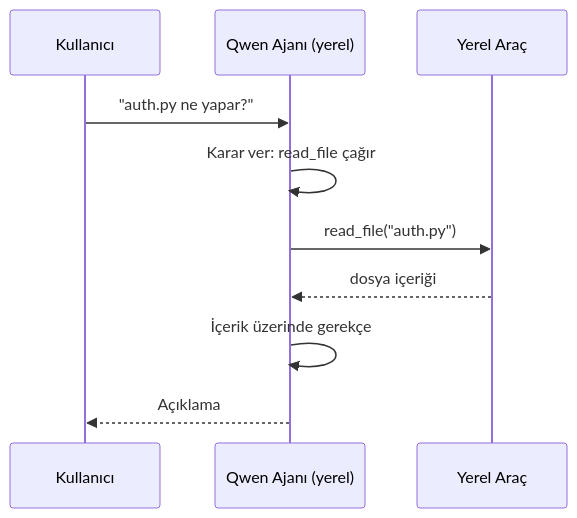
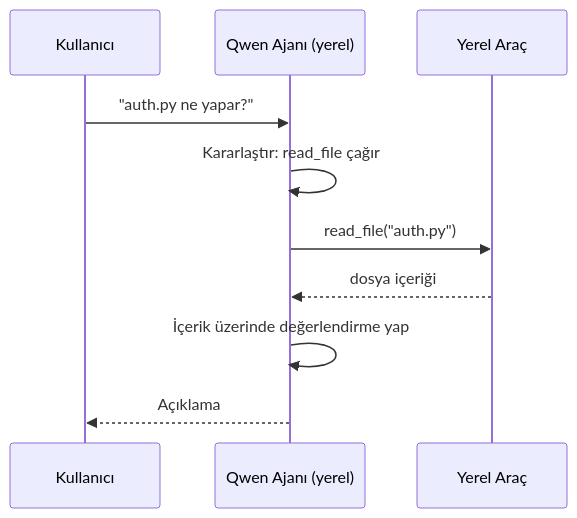
The second of 4 diagrams in mirrors/repos/microsoft@ai-agents-for-beginners/translations/tr/17-creating-local-ai-agents/README.md (gabrielmoreira/agent-skills-mirror), drawn with Mermaid before and after one commit. The commit also changed other lines of this file and 4262 other files, not shown here.

````diff
--- a/mirrors/repos/microsoft@ai-agents-for-beginners/translations/tr/17-creating-local-ai-agents/README.md
+++ b/mirrors/repos/microsoft@ai-agents-for-beginners/translations/tr/17-creating-local-ai-agents/README.md
@@ -106,12 +106,12 @@
 ```mermaid
 sequenceDiagram
     participant U as Kullanıcı
     participant A as Qwen Ajanı (yerel)
     participant T as Yerel Araç
     U->>A: "auth.py ne yapar?"
-    A->>A: Karar ver: read_file çağır
+    A->>A: Kararlaştır: read_file çağır
     A->>T: read_file("auth.py")
     T-->>A: dosya içeriği
-    A->>A: İçerik üzerinde gerekçe
+    A->>A: İçerik üzerinde değerlendirme yap
     A-->>U: Açıklama
 ```
````
